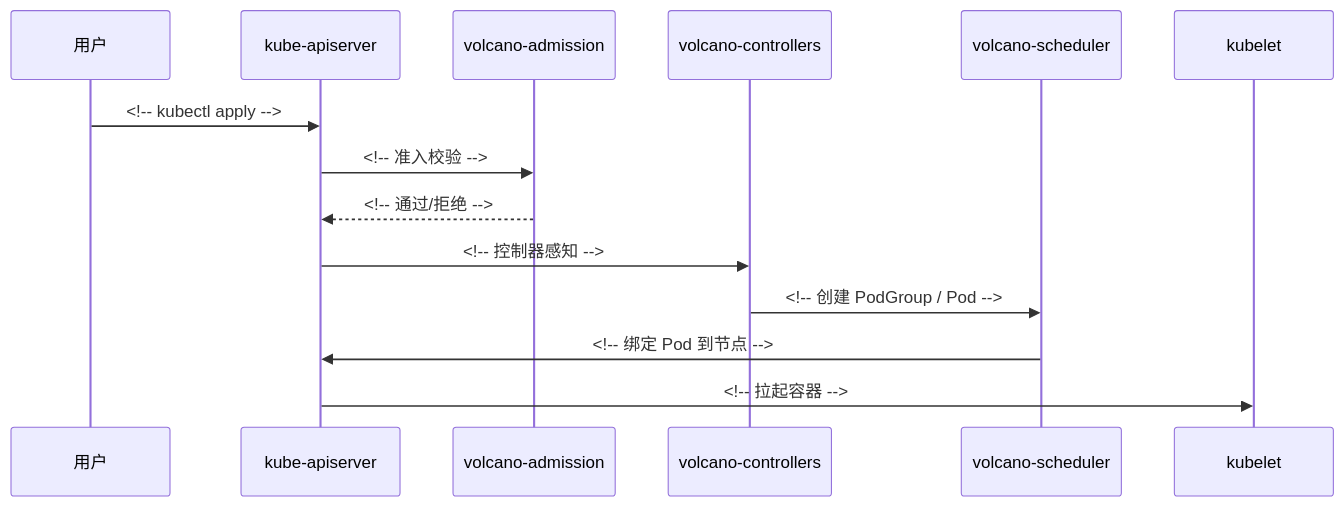
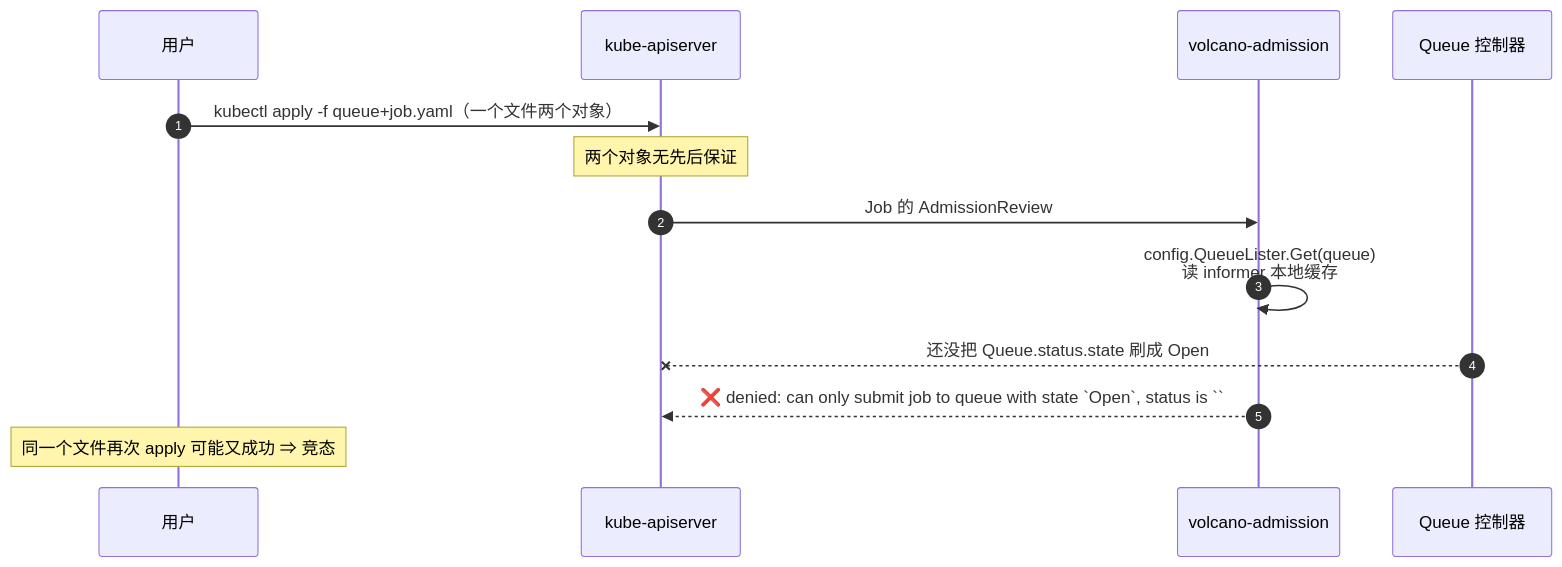
The seventh of 8 diagrams in reports/lipengfei/report.md (xiyoubird/volcano-analysis), drawn with Mermaid before and after one commit. The commit also changed other lines of this file and 15 other files, not shown here.

````diff
--- a/reports/lipengfei/report.md
+++ b/reports/lipengfei/report.md
@@ -219,16 +561,15 @@
 ```mermaid
 sequenceDiagram
+    autonumber
     participant U as 用户
     participant API as kube-apiserver
     participant W as volcano-admission
-    participant C as volcano-controllers
-    participant S as volcano-scheduler
-    participant K as kubelet
-    U->>API: <!-- kubectl apply -->
-    API->>W: <!-- 准入校验 -->
-    W-->>API: <!-- 通过/拒绝 -->
-    API->>C: <!-- 控制器感知 -->
-    C->>S: <!-- 创建 PodGroup / Pod -->
-    S->>API: <!-- 绑定 Pod 到节点 -->
-    API->>K: <!-- 拉起容器 -->
+    participant QC as Queue 控制器
+    U->>API: kubectl apply -f queue+job.yaml（一个文件两个对象）
+    Note over API: 两个对象无先后保证
+    API->>W: Job 的 AdmissionReview
+    W->>W: config.QueueLister.Get(queue)<br/>读 informer 本地缓存
+    QC--xAPI: 还没把 Queue.status.state 刷成 Open
+    W-->>API: ❌ denied: can only submit job to queue with state `Open`, status is ``
+    Note over U: 同一个文件再次 apply 可能又成功 ⇒ 竞态
 ```
````
